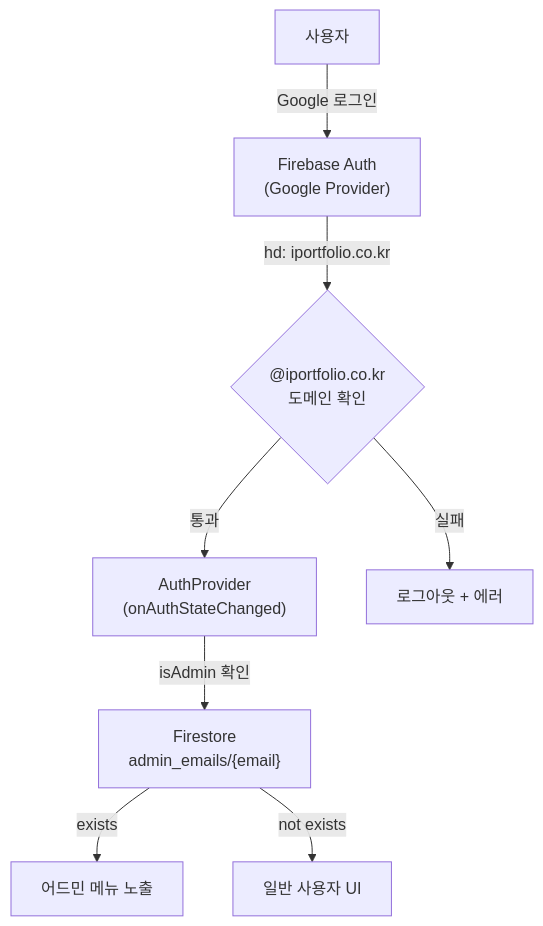
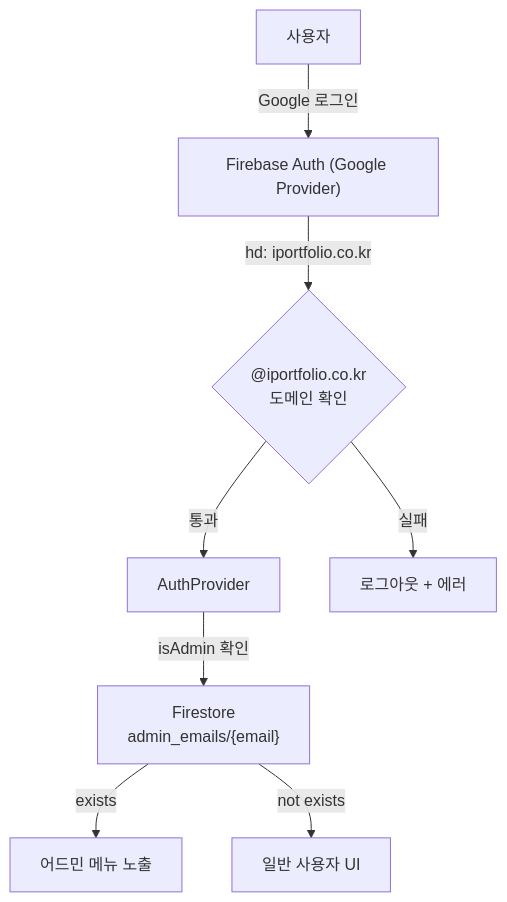
One commit to jaehyunlee-iportfolio/school-team-fighting changed the second of 4 diagrams in README.md. Above: the diagram before and after it, drawn with Mermaid. The commit also changed other lines of this file, not shown here.

````diff
--- a/README.md
+++ b/README.md
@@ -42,10 +90,10 @@
 ```mermaid
 flowchart TD
-    User["사용자"] -->|Google 로그인| Auth["Firebase Auth\n(Google Provider)"]
-    Auth -->|hd: iportfolio.co.kr| DomainCheck{"@iportfolio.co.kr\n도메인 확인"}
-    DomainCheck -->|통과| Session["AuthProvider\n(onAuthStateChanged)"]
+    User["사용자"] -->|Google 로그인| Auth["Firebase Auth (Google Provider)"]
+    Auth -->|hd: iportfolio.co.kr| DomainCheck{"@iportfolio.co.kr<br/>도메인 확인"}
+    DomainCheck -->|통과| Session["AuthProvider"]
     DomainCheck -->|실패| Reject["로그아웃 + 에러"]
-    Session -->|isAdmin 확인| Firestore["Firestore\nadmin_emails/{email}"]
+    Session -->|isAdmin 확인| Firestore["Firestore<br/>admin_emails/{email}"]
     Firestore -->|exists| AdminUI["어드민 메뉴 노출"]
     Firestore -->|not exists| NormalUI["일반 사용자 UI"]
 ```
````
